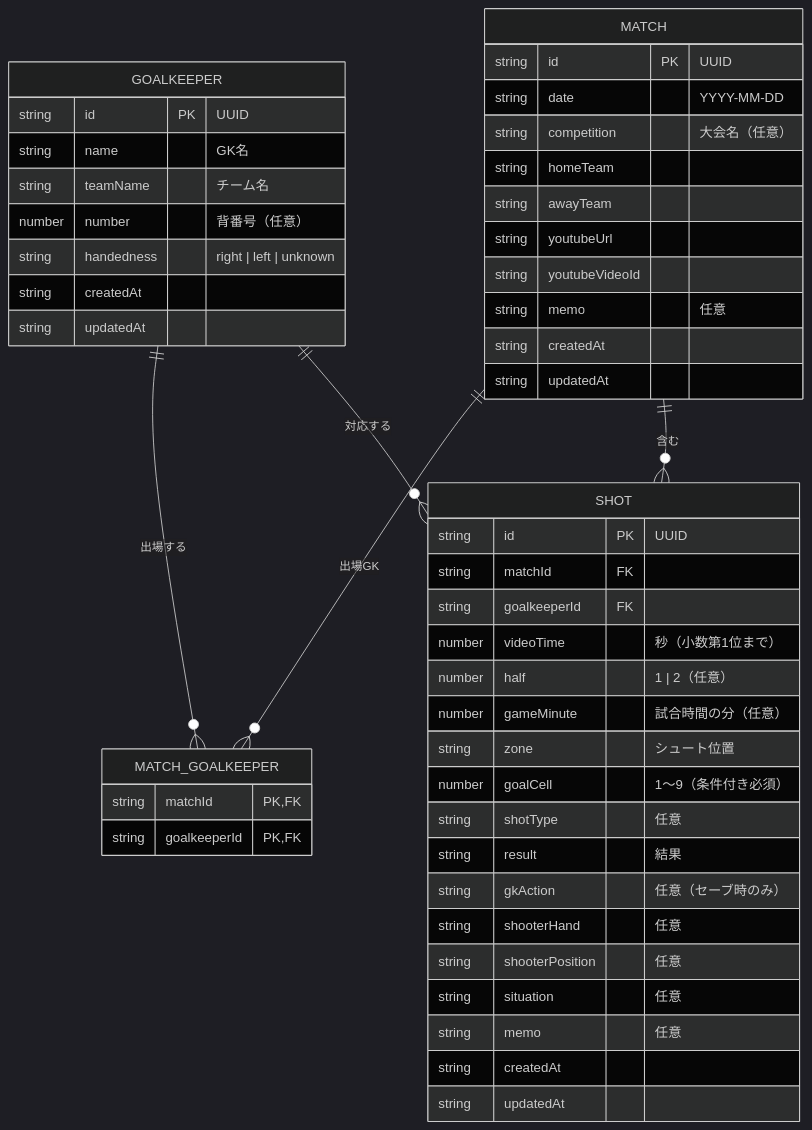
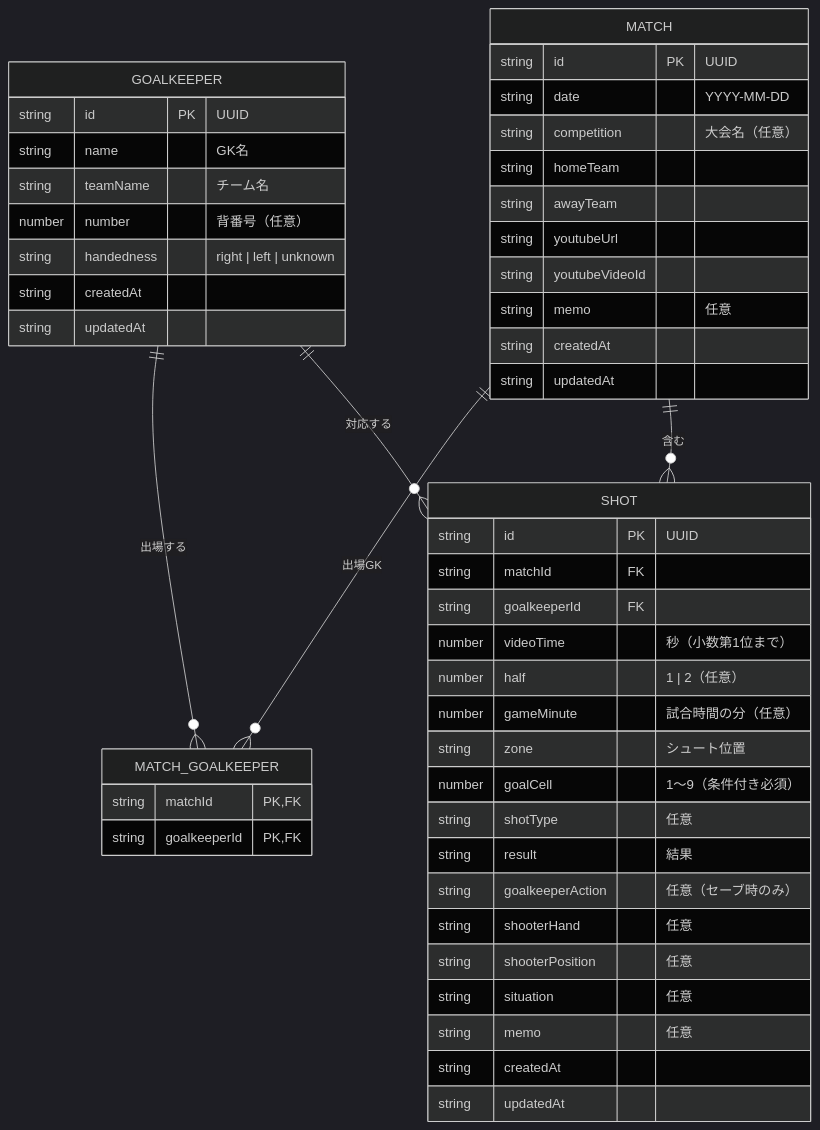
One commit to hibiburo/handball_analysis changed the seventh of 8 diagrams in docs/functional-design.md. Above: the diagram before and after it, drawn with Mermaid (dark theme). The commit also changed other lines of this file and 3 other files, not shown here.

````diff
--- a/docs/functional-design.md
+++ b/docs/functional-design.md
@@ -385,52 +385,52 @@
 ```mermaid
 erDiagram
     GOALKEEPER ||--o{ MATCH_GOALKEEPER : "出場する"
     MATCH ||--o{ MATCH_GOALKEEPER : "出場GK"
     MATCH ||--o{ SHOT : "含む"
     GOALKEEPER ||--o{ SHOT : "対応する"
 
     GOALKEEPER {
         string id PK "UUID"
         string name "GK名"
         string teamName "チーム名"
         number number "背番号（任意）"
         string handedness "right | left | unknown"
         string createdAt
         string updatedAt
     }
     MATCH {
         string id PK "UUID"
         string date "YYYY-MM-DD"
         string competition "大会名（任意）"
         string homeTeam
         string awayTeam
         string youtubeUrl
         string youtubeVideoId
         string memo "任意"
         string createdAt
         string updatedAt
     }
     MATCH_GOALKEEPER {
         string matchId PK,FK
         string goalkeeperId PK,FK
     }
     SHOT {
         string id PK "UUID"
         string matchId FK
         string goalkeeperId FK
         number videoTime "秒（小数第1位まで）"
         number half "1 | 2（任意）"
         number gameMinute "試合時間の分（任意）"
         string zone "シュート位置"
         number goalCell "1〜9（条件付き必須）"
         string shotType "任意"
         string result "結果"
-        string gkAction "任意（セーブ時のみ）"
+        string goalkeeperAction "任意（セーブ時のみ）"
         string shooterHand "任意"
         string shooterPosition "任意"
         string situation "任意"
         string memo "任意"
         string createdAt
         string updatedAt
     }
 ```
````
